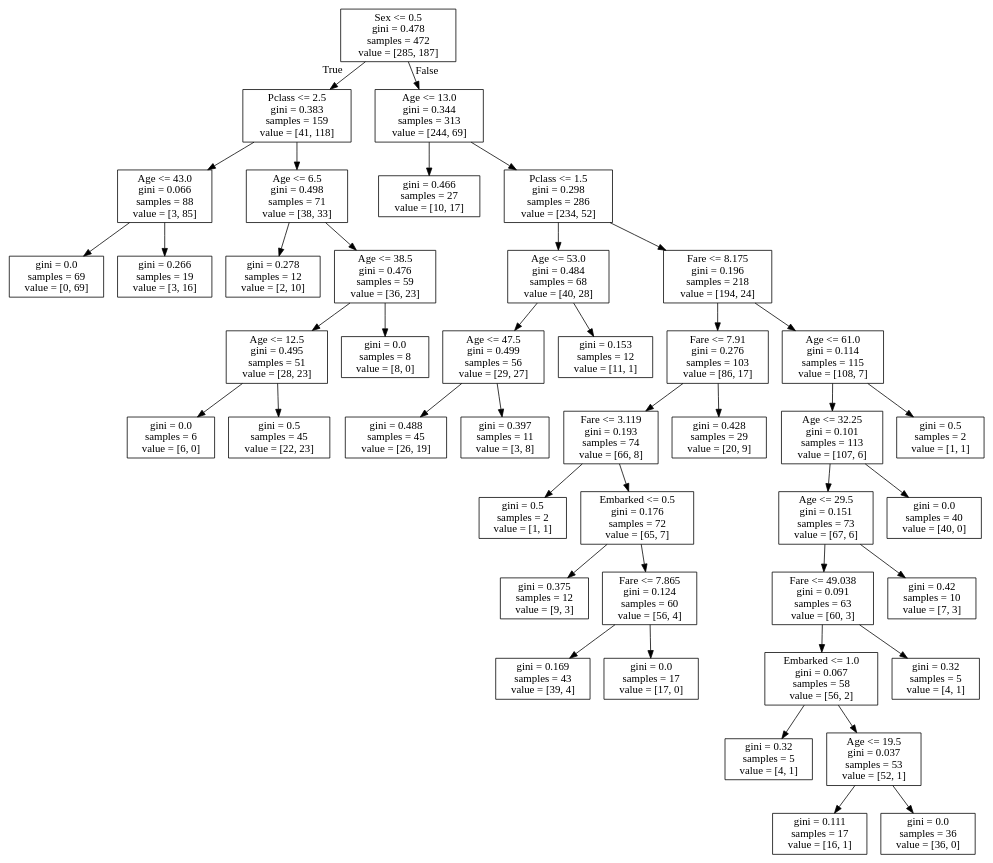
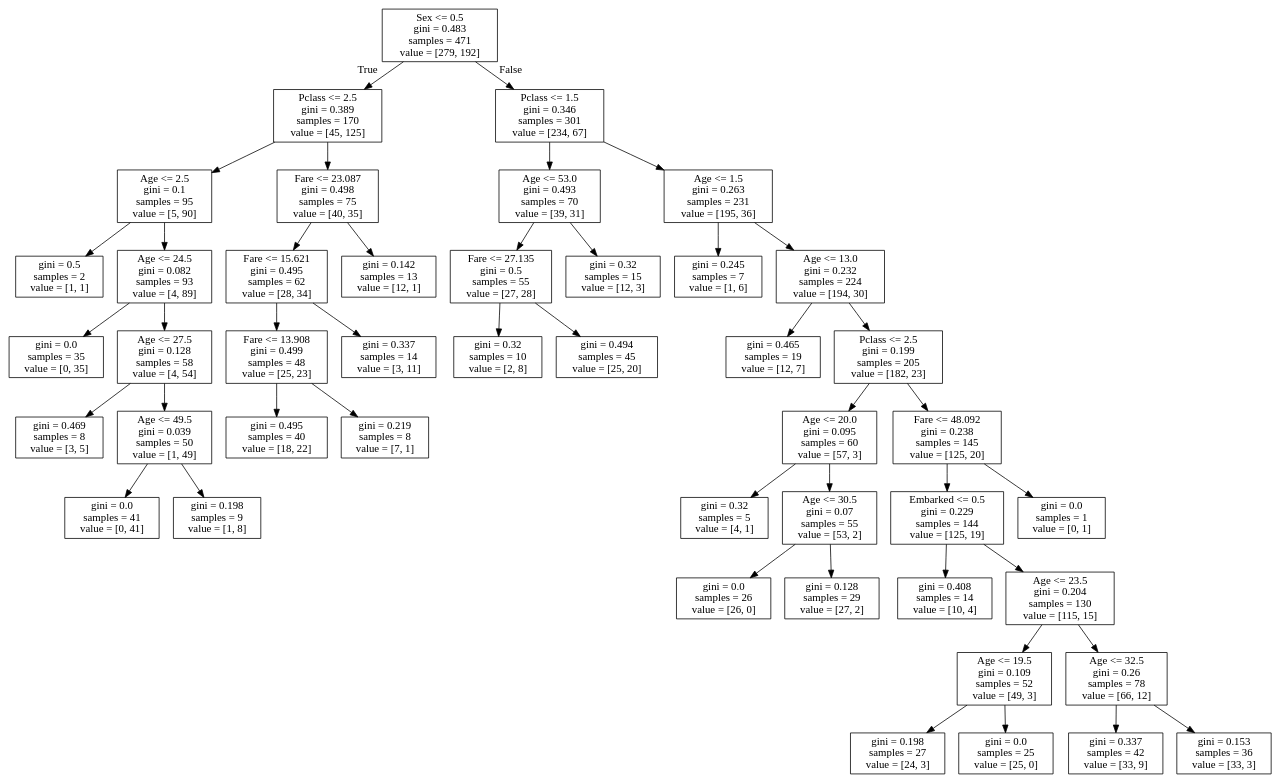
One commit to Asgavar/studia changed the diagram in semestr_5_zima_2019_20/explo/list05/titanic-minsamples.dot. Above: the diagram before and after it, drawn with Graphviz. The commit also changed 7 other files, not shown here.

```diff
--- a/semestr_5_zima_2019_20/explo/list05/titanic-minsamples.dot
+++ b/semestr_5_zima_2019_20/explo/list05/titanic-minsamples.dot
@@ -1,88 +1,92 @@
 digraph Tree {
 node [shape=box] ;
-0 [label="Sex <= 0.5\ngini = 0.478\nsamples = 472\nvalue = [285, 187]"] ;
-1 [label="Pclass <= 2.5\ngini = 0.383\nsamples = 159\nvalue = [41, 118]"] ;
+0 [label="Sex <= 0.5\ngini = 0.483\nsamples = 471\nvalue = [279, 192]"] ;
+1 [label="Pclass <= 2.5\ngini = 0.389\nsamples = 170\nvalue = [45, 125]"] ;
 0 -> 1 [labeldistance=2.5, labelangle=45, headlabel="True"] ;
-2 [label="Age <= 43.0\ngini = 0.066\nsamples = 88\nvalue = [3, 85]"] ;
+2 [label="Age <= 2.5\ngini = 0.1\nsamples = 95\nvalue = [5, 90]"] ;
 1 -> 2 ;
-3 [label="gini = 0.0\nsamples = 69\nvalue = [0, 69]"] ;
+3 [label="gini = 0.5\nsamples = 2\nvalue = [1, 1]"] ;
 2 -> 3 ;
-4 [label="gini = 0.266\nsamples = 19\nvalue = [3, 16]"] ;
+4 [label="Age <= 24.5\ngini = 0.082\nsamples = 93\nvalue = [4, 89]"] ;
 2 -> 4 ;
-5 [label="Age <= 6.5\ngini = 0.498\nsamples = 71\nvalue = [38, 33]"] ;
-1 -> 5 ;
-6 [label="gini = 0.278\nsamples = 12\nvalue = [2, 10]"] ;
-5 -> 6 ;
-7 [label="Age <= 38.5\ngini = 0.476\nsamples = 59\nvalue = [36, 23]"] ;
-5 -> 7 ;
-8 [label="Age <= 12.5\ngini = 0.495\nsamples = 51\nvalue = [28, 23]"] ;
-7 -> 8 ;
-9 [label="gini = 0.0\nsamples = 6\nvalue = [6, 0]"] ;
+5 [label="gini = 0.0\nsamples = 35\nvalue = [0, 35]"] ;
+4 -> 5 ;
+6 [label="Age <= 27.5\ngini = 0.128\nsamples = 58\nvalue = [4, 54]"] ;
+4 -> 6 ;
+7 [label="gini = 0.469\nsamples = 8\nvalue = [3, 5]"] ;
+6 -> 7 ;
+8 [label="Age <= 49.5\ngini = 0.039\nsamples = 50\nvalue = [1, 49]"] ;
+6 -> 8 ;
+9 [label="gini = 0.0\nsamples = 41\nvalue = [0, 41]"] ;
 8 -> 9 ;
-10 [label="gini = 0.5\nsamples = 45\nvalue = [22, 23]"] ;
+10 [label="gini = 0.198\nsamples = 9\nvalue = [1, 8]"] ;
 8 -> 10 ;
-11 [label="gini = 0.0\nsamples = 8\nvalue = [8, 0]"] ;
-7 -> 11 ;
-12 [label="Age <= 13.0\ngini = 0.344\nsamples = 313\nvalue = [244, 69]"] ;
-0 -> 12 [labeldistance=2.5, labelangle=-45, headlabel="False"] ;
-13 [label="gini = 0.466\nsamples = 27\nvalue = [10, 17]"] ;
+11 [label="Fare <= 23.087\ngini = 0.498\nsamples = 75\nvalue = [40, 35]"] ;
+1 -> 11 ;
+12 [label="Fare <= 15.621\ngini = 0.495\nsamples = 62\nvalue = [28, 34]"] ;
+11 -> 12 ;
+13 [label="Fare <= 13.908\ngini = 0.499\nsamples = 48\nvalue = [25, 23]"] ;
 12 -> 13 ;
-14 [label="Pclass <= 1.5\ngini = 0.298\nsamples = 286\nvalue = [234, 52]"] ;
-12 -> 14 ;
-15 [label="Age <= 53.0\ngini = 0.484\nsamples = 68\nvalue = [40, 28]"] ;
-14 -> 15 ;
-16 [label="Age <= 47.5\ngini = 0.499\nsamples = 56\nvalue = [29, 27]"] ;
-15 -> 16 ;
-17 [label="gini = 0.488\nsamples = 45\nvalue = [26, 19]"] ;
-16 -> 17 ;
-18 [label="gini = 0.397\nsamples = 11\nvalue = [3, 8]"] ;
-16 -> 18 ;
-19 [label="gini = 0.153\nsamples = 12\nvalue = [11, 1]"] ;
-15 -> 19 ;
-20 [label="Fare <= 8.175\ngini = 0.196\nsamples = 218\nvalue = [194, 24]"] ;
-14 -> 20 ;
-21 [label="Fare <= 7.91\ngini = 0.276\nsamples = 103\nvalue = [86, 17]"] ;
+14 [label="gini = 0.495\nsamples = 40\nvalue = [18, 22]"] ;
+13 -> 14 ;
+15 [label="gini = 0.219\nsamples = 8\nvalue = [7, 1]"] ;
+13 -> 15 ;
+16 [label="gini = 0.337\nsamples = 14\nvalue = [3, 11]"] ;
+12 -> 16 ;
+17 [label="gini = 0.142\nsamples = 13\nvalue = [12, 1]"] ;
+11 -> 17 ;
+18 [label="Pclass <= 1.5\ngini = 0.346\nsamples = 301\nvalue = [234, 67]"] ;
+0 -> 18 [labeldistance=2.5, labelangle=-45, headlabel="False"] ;
+19 [label="Age <= 53.0\ngini = 0.493\nsamples = 70\nvalue = [39, 31]"] ;
+18 -> 19 ;
+20 [label="Fare <= 27.135\ngini = 0.5\nsamples = 55\nvalue = [27, 28]"] ;
+19 -> 20 ;
+21 [label="gini = 0.32\nsamples = 10\nvalue = [2, 8]"] ;
 20 -> 21 ;
-22 [label="Fare <= 3.119\ngini = 0.193\nsamples = 74\nvalue = [66, 8]"] ;
-21 -> 22 ;
-23 [label="gini = 0.5\nsamples = 2\nvalue = [1, 1]"] ;
-22 -> 23 ;
-24 [label="Embarked <= 0.5\ngini = 0.176\nsamples = 72\nvalue = [65, 7]"] ;
-22 -> 24 ;
-25 [label="gini = 0.375\nsamples = 12\nvalue = [9, 3]"] ;
+22 [label="gini = 0.494\nsamples = 45\nvalue = [25, 20]"] ;
+20 -> 22 ;
+23 [label="gini = 0.32\nsamples = 15\nvalue = [12, 3]"] ;
+19 -> 23 ;
+24 [label="Age <= 1.5\ngini = 0.263\nsamples = 231\nvalue = [195, 36]"] ;
+18 -> 24 ;
+25 [label="gini = 0.245\nsamples = 7\nvalue = [1, 6]"] ;
 24 -> 25 ;
-26 [label="Fare <= 7.865\ngini = 0.124\nsamples = 60\nvalue = [56, 4]"] ;
+26 [label="Age <= 13.0\ngini = 0.232\nsamples = 224\nvalue = [194, 30]"] ;
 24 -> 26 ;
-27 [label="gini = 0.169\nsamples = 43\nvalue = [39, 4]"] ;
+27 [label="gini = 0.465\nsamples = 19\nvalue = [12, 7]"] ;
 26 -> 27 ;
-28 [label="gini = 0.0\nsamples = 17\nvalue = [17, 0]"] ;
+28 [label="Pclass <= 2.5\ngini = 0.199\nsamples = 205\nvalue = [182, 23]"] ;
 26 -> 28 ;
-29 [label="gini = 0.428\nsamples = 29\nvalue = [20, 9]"] ;
-21 -> 29 ;
-30 [label="Age <= 61.0\ngini = 0.114\nsamples = 115\nvalue = [108, 7]"] ;
-20 -> 30 ;
-31 [label="Age <= 32.25\ngini = 0.101\nsamples = 113\nvalue = [107, 6]"] ;
-30 -> 31 ;
-32 [label="Age <= 29.5\ngini = 0.151\nsamples = 73\nvalue = [67, 6]"] ;
+29 [label="Age <= 20.0\ngini = 0.095\nsamples = 60\nvalue = [57, 3]"] ;
+28 -> 29 ;
+30 [label="gini = 0.32\nsamples = 5\nvalue = [4, 1]"] ;
+29 -> 30 ;
+31 [label="Age <= 30.5\ngini = 0.07\nsamples = 55\nvalue = [53, 2]"] ;
+29 -> 31 ;
+32 [label="gini = 0.0\nsamples = 26\nvalue = [26, 0]"] ;
 31 -> 32 ;
-33 [label="Fare <= 49.038\ngini = 0.091\nsamples = 63\nvalue = [60, 3]"] ;
-32 -> 33 ;
-34 [label="Embarked <= 1.0\ngini = 0.067\nsamples = 58\nvalue = [56, 2]"] ;
-33 -> 34 ;
-35 [label="gini = 0.32\nsamples = 5\nvalue = [4, 1]"] ;
+33 [label="gini = 0.128\nsamples = 29\nvalue = [27, 2]"] ;
+31 -> 33 ;
+34 [label="Fare <= 48.092\ngini = 0.238\nsamples = 145\nvalue = [125, 20]"] ;
+28 -> 34 ;
+35 [label="Embarked <= 0.5\ngini = 0.229\nsamples = 144\nvalue = [125, 19]"] ;
 34 -> 35 ;
-36 [label="Age <= 19.5\ngini = 0.037\nsamples = 53\nvalue = [52, 1]"] ;
-34 -> 36 ;
-37 [label="gini = 0.111\nsamples = 17\nvalue = [16, 1]"] ;
-36 -> 37 ;
-38 [label="gini = 0.0\nsamples = 36\nvalue = [36, 0]"] ;
-36 -> 38 ;
-39 [label="gini = 0.32\nsamples = 5\nvalue = [4, 1]"] ;
-33 -> 39 ;
-40 [label="gini = 0.42\nsamples = 10\nvalue = [7, 3]"] ;
-32 -> 40 ;
-41 [label="gini = 0.0\nsamples = 40\nvalue = [40, 0]"] ;
-31 -> 41 ;
-42 [label="gini = 0.5\nsamples = 2\nvalue = [1, 1]"] ;
-30 -> 42 ;
+36 [label="gini = 0.408\nsamples = 14\nvalue = [10, 4]"] ;
+35 -> 36 ;
+37 [label="Age <= 23.5\ngini = 0.204\nsamples = 130\nvalue = [115, 15]"] ;
+35 -> 37 ;
+38 [label="Age <= 19.5\ngini = 0.109\nsamples = 52\nvalue = [49, 3]"] ;
+37 -> 38 ;
+39 [label="gini = 0.198\nsamples = 27\nvalue = [24, 3]"] ;
+38 -> 39 ;
+40 [label="gini = 0.0\nsamples = 25\nvalue = [25, 0]"] ;
+38 -> 40 ;
+41 [label="Age <= 32.5\ngini = 0.26\nsamples = 78\nvalue = [66, 12]"] ;
+37 -> 41 ;
+42 [label="gini = 0.337\nsamples = 42\nvalue = [33, 9]"] ;
+41 -> 42 ;
+43 [label="gini = 0.153\nsamples = 36\nvalue = [33, 3]"] ;
+41 -> 43 ;
+44 [label="gini = 0.0\nsamples = 1\nvalue = [0, 1]"] ;
+34 -> 44 ;
 }
```
